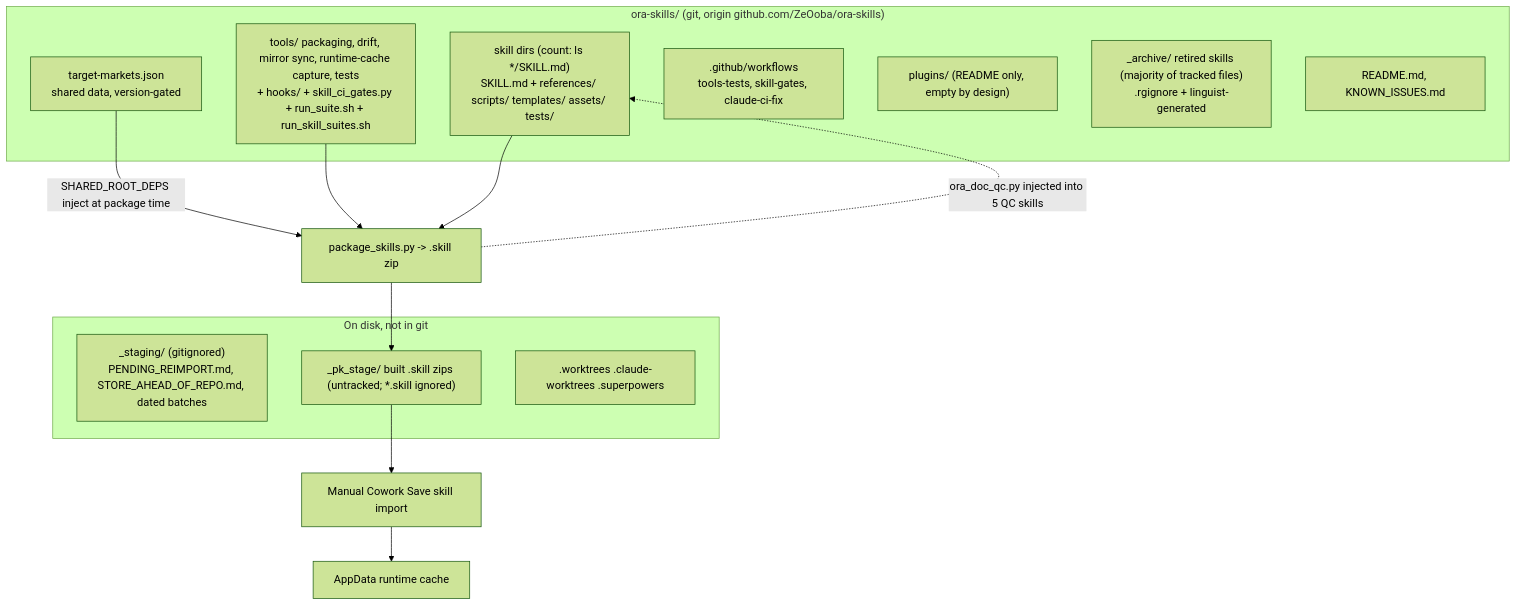
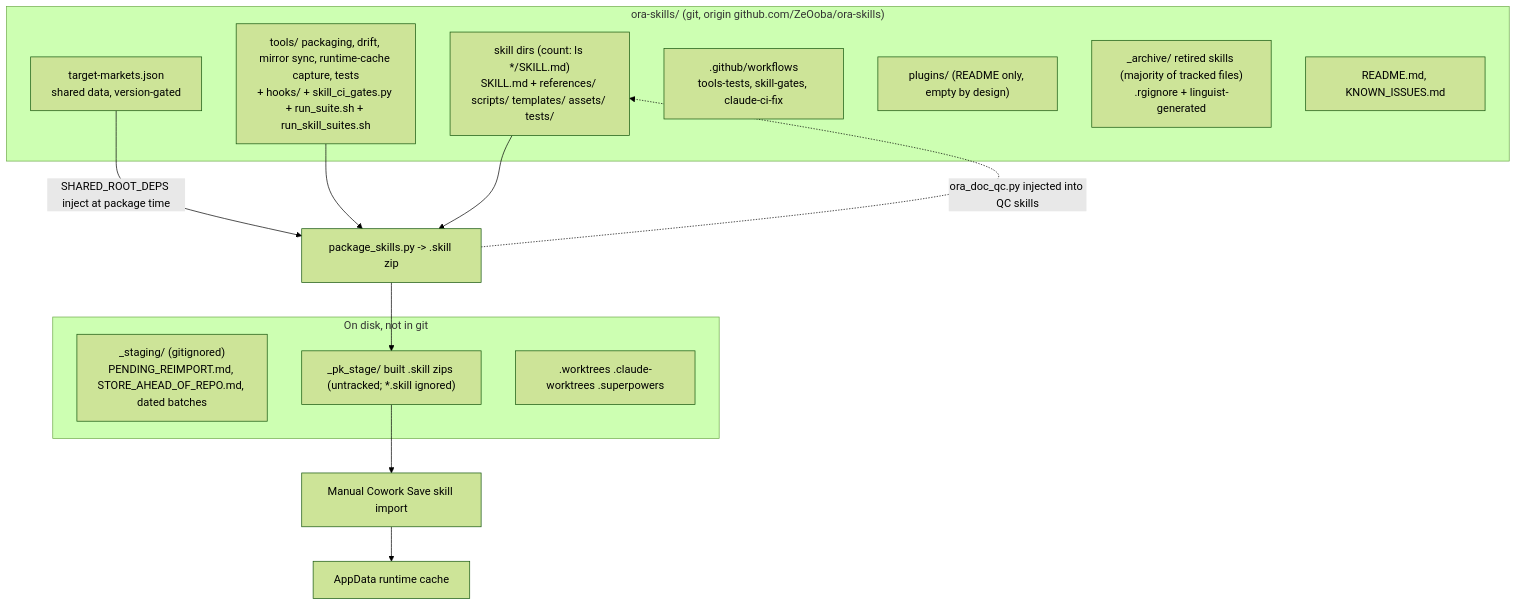
Before and after one commit to ZeOoba/ora-skills: the first of 4 diagrams in README.md, drawn with Mermaid (forest theme). The commit also changed other lines of this file and 6 other files, not shown here.

````diff
--- a/README.md
+++ b/README.md
@@ -30,24 +30,24 @@
 ```mermaid
 flowchart TD
     subgraph Repo["ora-skills/ (git, origin github.com/ZeOoba/ora-skills)"]
         S["skill dirs (count: ls */SKILL.md)\nSKILL.md + references/ scripts/ templates/ assets/ tests/"]
         TM["target-markets.json\nshared data, version-gated"]
         T["tools/ packaging, drift, mirror sync, runtime-cache capture, tests\n+ hooks/ + skill_ci_gates.py + run_suite.sh + run_skill_suites.sh"]
         GH[".github/workflows\ntools-tests, skill-gates, claude-ci-fix"]
         P["plugins/ (README only, empty by design)"]
         A["_archive/ retired skills (majority of tracked files)\n.rgignore + linguist-generated"]
         K["README.md, KNOWN_ISSUES.md"]
     end
     subgraph Untracked["On disk, not in git"]
         ST["_staging/ (gitignored)\nPENDING_REIMPORT.md, STORE_AHEAD_OF_REPO.md, dated batches"]
         PK["_pk_stage/ built .skill zips (untracked; *.skill ignored)"]
         WT[".worktrees .claude-worktrees .superpowers"]
     end
     TM -- "SHARED_ROOT_DEPS inject at package time" --> Pkg
     T --> Pkg["package_skills.py -> .skill zip"]
     S --> Pkg
     Pkg --> PK
     PK --> Import["Manual Cowork Save skill import"]
     Import --> Cache["AppData runtime cache"]
-    Pkg -. "ora_doc_qc.py injected into 5 QC skills" .-> S
+    Pkg -. "ora_doc_qc.py injected into QC skills" .-> S
 ```
````
